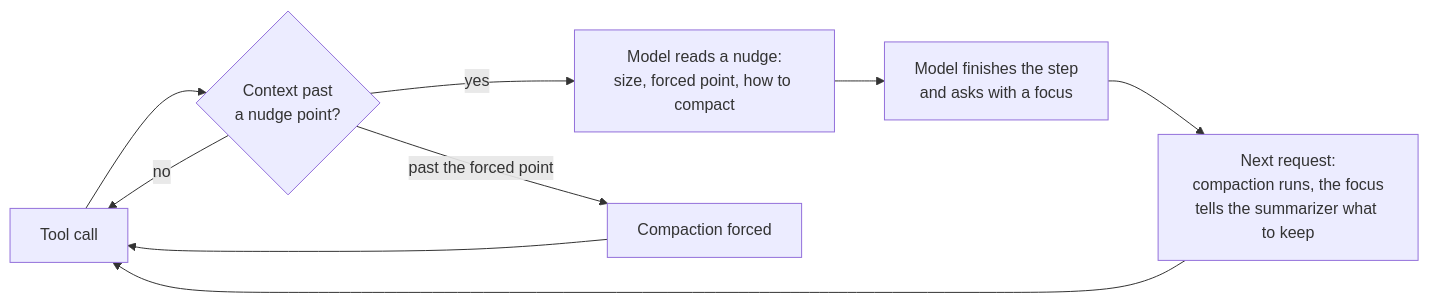
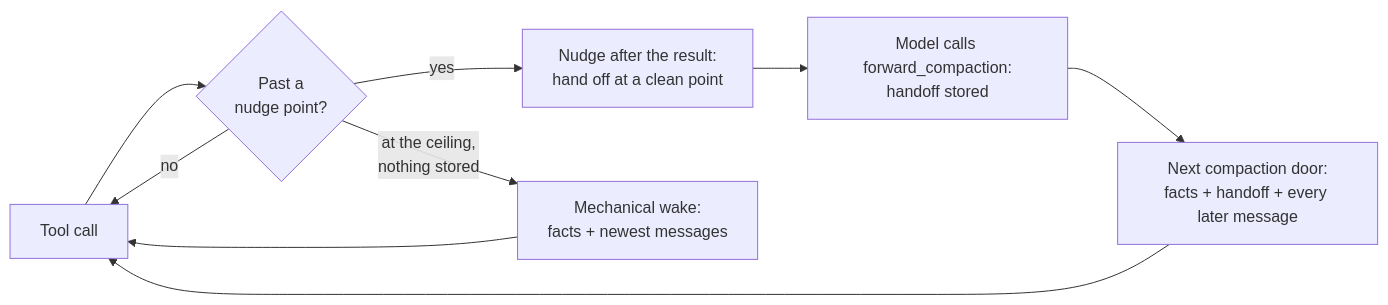
Before and after one commit to rezzminator/forward-compaction: the diagram in README.md, drawn with Mermaid. The commit also changed other lines of this file and 8 other files, not shown here.

First line of the commit message:
feat(forward-compaction): live 2.1.309 replay fixture, README and 1.0.0-dev.1 changelog (U8, U9)

````diff
--- a/README.md
+++ b/README.md
@@ -136,11 +83,11 @@
 ```mermaid
 flowchart LR
-    A[Tool call] --> B{Context past<br/>a nudge point?}
+    A[Tool call] --> B{Past a<br/>nudge point?}
     B -- no --> A
-    B -- yes --> C[Model reads a nudge:<br/>size, forced point, how to compact]
-    C --> D[Model finishes the step<br/>and asks with a focus]
-    D --> E[Next request:<br/>compaction runs, the focus<br/>tells the summarizer what to keep]
+    B -- yes --> C[Nudge after the result:<br/>hand off at a clean point]
+    C --> D[Model calls forward_compaction:<br/>handoff stored]
+    D --> E[Next compaction door:<br/>facts + handoff + every later message]
     E --> A
-    B -- past the forced point --> F[Compaction forced]
+    B -- at the ceiling,<br/>nothing stored --> F[Mechanical wake:<br/>facts + newest messages]
     F --> A
 ```
````
